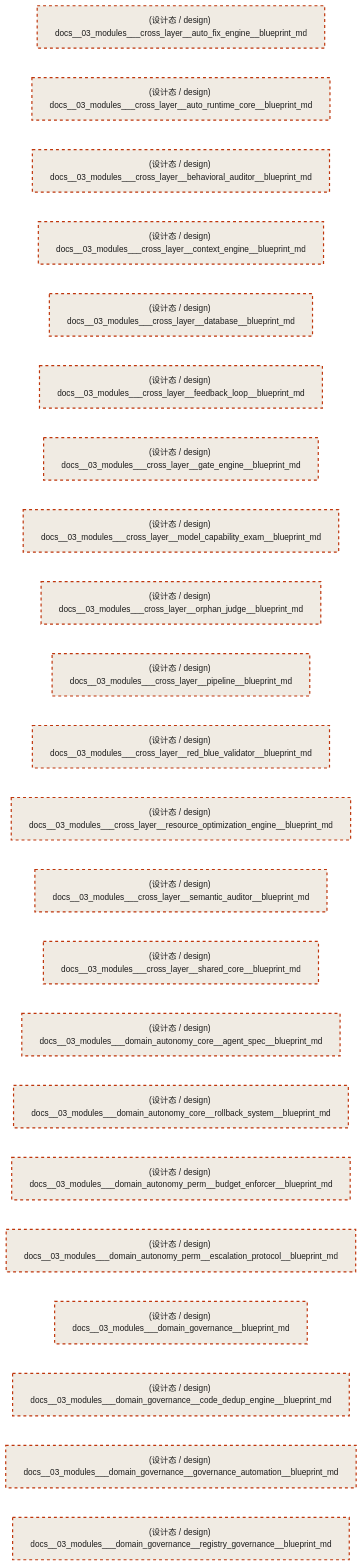
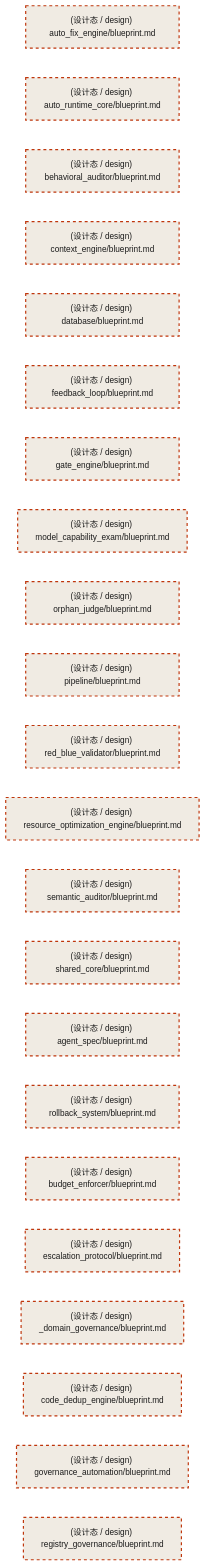
Before and after one commit to xuanFelixVan/ZephyrAlpha: the third of 3 diagrams in docs/02_enterprise_architecture/02_domain_architecture_docs/51_d_gov_docs.md, drawn with Mermaid. The commit also changed other lines of this file and 63 other files, not shown here.

````diff
--- a/docs/02_enterprise_architecture/02_domain_architecture_docs/51_d_gov_docs.md
+++ b/docs/02_enterprise_architecture/02_domain_architecture_docs/51_d_gov_docs.md
@@ -168,52 +168,52 @@
 ```mermaid
 %%{init: {'theme': 'base', 'themeVariables': {'primaryColor': '#eaeaea', 'primaryTextColor': '#333333', 'primaryBorderColor': '#666666', 'lineColor': '#666666', 'secondaryColor': '#eaeaea', 'tertiaryColor': '#eaeaea', 'fontSize': '14px'}}}%%
 flowchart TD
-    docs_03_modules_cross_layer_auto_fix_engine_blueprint_md["(设计态 / design) docs__03_modules___cross_layer__auto_fix_engine__blueprint_md"]
-    docs_03_modules_cross_layer_auto_runtime_core_blueprint_md["(设计态 / design) docs__03_modules___cross_layer__auto_runtime_core__blueprint_md"]
-    docs_03_modules_cross_layer_behavioral_auditor_blueprint_md["(设计态 / design) docs__03_modules___cross_layer__behavioral_auditor__blueprint_md"]
-    docs_03_modules_cross_layer_context_engine_blueprint_md["(设计态 / design) docs__03_modules___cross_layer__context_engine__blueprint_md"]
-    docs_03_modules_cross_layer_database_blueprint_md["(设计态 / design) docs__03_modules___cross_layer__database__blueprint_md"]
-    docs_03_modules_cross_layer_feedback_loop_blueprint_md["(设计态 / design) docs__03_modules___cross_layer__feedback_loop__blueprint_md"]
-    docs_03_modules_cross_layer_gate_engine_blueprint_md["(设计态 / design) docs__03_modules___cross_layer__gate_engine__blueprint_md"]
-    docs_03_modules_cross_layer_model_capability_exam_blueprint_md["(设计态 / design) docs__03_modules___cross_layer__model_capability_exam__blueprint_md"]
-    docs_03_modules_cross_layer_orphan_judge_blueprint_md["(设计态 / design) docs__03_modules___cross_layer__orphan_judge__blueprint_md"]
-    docs_03_modules_cross_layer_pipeline_blueprint_md["(设计态 / design) docs__03_modules___cross_layer__pipeline__blueprint_md"]
-    docs_03_modules_cross_layer_red_blue_validator_blueprint_md["(设计态 / design) docs__03_modules___cross_layer__red_blue_validator__blueprint_md"]
-    docs_03_modules_cross_layer_resource_optimization_engine_blueprint_md["(设计态 / design) docs__03_modules___cross_layer__resource_optimization_engine__blueprint_md"]
-    docs_03_modules_cross_layer_semantic_auditor_blueprint_md["(设计态 / design) docs__03_modules___cross_layer__semantic_auditor__blueprint_md"]
-    docs_03_modules_cross_layer_shared_core_blueprint_md["(设计态 / design) docs__03_modules___cross_layer__shared_core__blueprint_md"]
-    docs_03_modules_domain_autonomy_core_agent_spec_blueprint_md["(设计态 / design) docs__03_modules___domain_autonomy_core__agent_spec__blueprint_md"]
-    docs_03_modules_domain_autonomy_core_rollback_system_blueprint_md["(设计态 / design) docs__03_modules___domain_autonomy_core__rollback_system__blueprint_md"]
-    docs_03_modules_domain_autonomy_perm_budget_enforcer_blueprint_md["(设计态 / design) docs__03_modules___domain_autonomy_perm__budget_enforcer__blueprint_md"]
-    docs_03_modules_domain_autonomy_perm_escalation_protocol_blueprint_md["(设计态 / design) docs__03_modules___domain_autonomy_perm__escalation_protocol__blueprint_md"]
-    docs_03_modules_domain_governance_blueprint_md["(设计态 / design) docs__03_modules___domain_governance__blueprint_md"]
-    docs_03_modules_domain_governance_code_dedup_engine_blueprint_md["(设计态 / design) docs__03_modules___domain_governance__code_dedup_engine__blueprint_md"]
-    docs_03_modules_domain_governance_governance_automation_blueprint_md["(设计态 / design) docs__03_modules___domain_governance__governance_automation__blueprint_md"]
-    docs_03_modules_domain_governance_registry_governance_blueprint_md["(设计态 / design) docs__03_modules___domain_governance__registry_governance__blueprint_md"]
+    docs_03_modules_cross_layer_auto_fix_engine_blueprint_md["(设计态 / design) auto_fix_engine/blueprint.md"]
+    docs_03_modules_cross_layer_auto_runtime_core_blueprint_md["(设计态 / design) auto_runtime_core/blueprint.md"]
+    docs_03_modules_cross_layer_behavioral_auditor_blueprint_md["(设计态 / design) behavioral_auditor/blueprint.md"]
+    docs_03_modules_cross_layer_context_engine_blueprint_md["(设计态 / design) context_engine/blueprint.md"]
+    docs_03_modules_cross_layer_database_blueprint_md["(设计态 / design) database/blueprint.md"]
+    docs_03_modules_cross_layer_feedback_loop_blueprint_md["(设计态 / design) feedback_loop/blueprint.md"]
+    docs_03_modules_cross_layer_gate_engine_blueprint_md["(设计态 / design) gate_engine/blueprint.md"]
+    docs_03_modules_cross_layer_model_capability_exam_blueprint_md["(设计态 / design) model_capability_exam/blueprint.md"]
+    docs_03_modules_cross_layer_orphan_judge_blueprint_md["(设计态 / design) orphan_judge/blueprint.md"]
+    docs_03_modules_cross_layer_pipeline_blueprint_md["(设计态 / design) pipeline/blueprint.md"]
+    docs_03_modules_cross_layer_red_blue_validator_blueprint_md["(设计态 / design) red_blue_validator/blueprint.md"]
+    docs_03_modules_cross_layer_resource_optimization_engine_blueprint_md["(设计态 / design) resource_optimization_engine/blueprint.md"]
+    docs_03_modules_cross_layer_semantic_auditor_blueprint_md["(设计态 / design) semantic_auditor/blueprint.md"]
+    docs_03_modules_cross_layer_shared_core_blueprint_md["(设计态 / design) shared_core/blueprint.md"]
+    docs_03_modules_domain_autonomy_core_agent_spec_blueprint_md["(设计态 / design) agent_spec/blueprint.md"]
+    docs_03_modules_domain_autonomy_core_rollback_system_blueprint_md["(设计态 / design) rollback_system/blueprint.md"]
+    docs_03_modules_domain_autonomy_perm_budget_enforcer_blueprint_md["(设计态 / design) budget_enforcer/blueprint.md"]
+    docs_03_modules_domain_autonomy_perm_escalation_protocol_blueprint_md["(设计态 / design) escalation_protocol/blueprint.md"]
+    docs_03_modules_domain_governance_blueprint_md["(设计态 / design) _domain_governance/blueprint.md"]
+    docs_03_modules_domain_governance_code_dedup_engine_blueprint_md["(设计态 / design) code_dedup_engine/blueprint.md"]
+    docs_03_modules_domain_governance_governance_automation_blueprint_md["(设计态 / design) governance_automation/blueprint.md"]
+    docs_03_modules_domain_governance_registry_governance_blueprint_md["(设计态 / design) registry_governance/blueprint.md"]
     docs_03_modules_cross_layer_auto_fix_engine_blueprint_md ~~~ docs_03_modules_cross_layer_auto_runtime_core_blueprint_md
     docs_03_modules_cross_layer_auto_runtime_core_blueprint_md ~~~ docs_03_modules_cross_layer_behavioral_auditor_blueprint_md
     docs_03_modules_cross_layer_behavioral_auditor_blueprint_md ~~~ docs_03_modules_cross_layer_context_engine_blueprint_md
     docs_03_modules_cross_layer_context_engine_blueprint_md ~~~ docs_03_modules_cross_layer_database_blueprint_md
     docs_03_modules_cross_layer_database_blueprint_md ~~~ docs_03_modules_cross_layer_feedback_loop_blueprint_md
     docs_03_modules_cross_layer_feedback_loop_blueprint_md ~~~ docs_03_modules_cross_layer_gate_engine_blueprint_md
     docs_03_modules_cross_layer_gate_engine_blueprint_md ~~~ docs_03_modules_cross_layer_model_capability_exam_blueprint_md
     docs_03_modules_cross_layer_model_capability_exam_blueprint_md ~~~ docs_03_modules_cross_layer_orphan_judge_blueprint_md
     docs_03_modules_cross_layer_orphan_judge_blueprint_md ~~~ docs_03_modules_cross_layer_pipeline_blueprint_md
     docs_03_modules_cross_layer_pipeline_blueprint_md ~~~ docs_03_modules_cross_layer_red_blue_validator_blueprint_md
     docs_03_modules_cross_layer_red_blue_validator_blueprint_md ~~~ docs_03_modules_cross_layer_resource_optimization_engine_blueprint_md
     docs_03_modules_cross_layer_resource_optimization_engine_blueprint_md ~~~ docs_03_modules_cross_layer_semantic_auditor_blueprint_md
     docs_03_modules_cross_layer_semantic_auditor_blueprint_md ~~~ docs_03_modules_cross_layer_shared_core_blueprint_md
     docs_03_modules_cross_layer_shared_core_blueprint_md ~~~ docs_03_modules_domain_autonomy_core_agent_spec_blueprint_md
     docs_03_modules_domain_autonomy_core_agent_spec_blueprint_md ~~~ docs_03_modules_domain_autonomy_core_rollback_system_blueprint_md
     docs_03_modules_domain_autonomy_core_rollback_system_blueprint_md ~~~ docs_03_modules_domain_autonomy_perm_budget_enforcer_blueprint_md
     docs_03_modules_domain_autonomy_perm_budget_enforcer_blueprint_md ~~~ docs_03_modules_domain_autonomy_perm_escalation_protocol_blueprint_md
     docs_03_modules_domain_autonomy_perm_escalation_protocol_blueprint_md ~~~ docs_03_modules_domain_governance_blueprint_md
     docs_03_modules_domain_governance_blueprint_md ~~~ docs_03_modules_domain_governance_code_dedup_engine_blueprint_md
     docs_03_modules_domain_governance_code_dedup_engine_blueprint_md ~~~ docs_03_modules_domain_governance_governance_automation_blueprint_md
     docs_03_modules_domain_governance_governance_automation_blueprint_md ~~~ docs_03_modules_domain_governance_registry_governance_blueprint_md
     classDef production fill:#e8edf2,stroke:#0277bd,stroke-width:2px,color:#1a1a1a
     classDef design fill:#f0ebe3,stroke:#bf360c,stroke-width:2px,color:#1a1a1a,stroke-dasharray: 5 5
     classDef external_prod fill:#e8efe9,stroke:#1b5e20,stroke-width:1px,color:#1a1a1a
     classDef external_design fill:#efe5ea,stroke:#880e4f,stroke-width:1px,color:#1a1a1a,stroke-dasharray: 5 5
     class docs_03_modules_cross_layer_auto_fix_engine_blueprint_md,docs_03_modules_cross_layer_auto_runtime_core_blueprint_md,docs_03_modules_cross_layer_behavioral_auditor_blueprint_md,docs_03_modules_cross_layer_context_engine_blueprint_md,docs_03_modules_cross_layer_database_blueprint_md,docs_03_modules_cross_layer_feedback_loop_blueprint_md,docs_03_modules_cross_layer_gate_engine_blueprint_md,docs_03_modules_cross_layer_model_capability_exam_blueprint_md,docs_03_modules_cross_layer_orphan_judge_blueprint_md,docs_03_modules_cross_layer_pipeline_blueprint_md,docs_03_modules_cross_layer_red_blue_validator_blueprint_md,docs_03_modules_cross_layer_resource_optimization_engine_blueprint_md,docs_03_modules_cross_layer_semantic_auditor_blueprint_md,docs_03_modules_cross_layer_shared_core_blueprint_md,docs_03_modules_domain_autonomy_core_agent_spec_blueprint_md,docs_03_modules_domain_autonomy_core_rollback_system_blueprint_md,docs_03_modules_domain_autonomy_perm_budget_enforcer_blueprint_md,docs_03_modules_domain_autonomy_perm_escalation_protocol_blueprint_md,docs_03_modules_domain_governance_blueprint_md,docs_03_modules_domain_governance_code_dedup_engine_blueprint_md,docs_03_modules_domain_governance_governance_automation_blueprint_md,docs_03_modules_domain_governance_registry_governance_blueprint_md design
 ```
````
